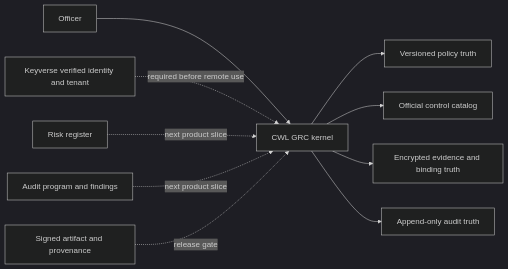
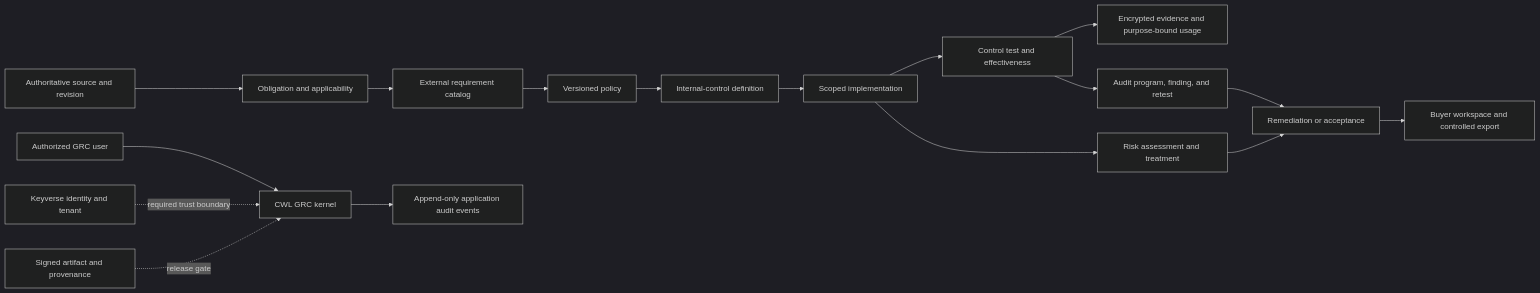
One commit to ContextualWisdomLab/governance-risk-compliance changed the diagram in docs/product-technical-gap-baseline.md. Above: the diagram before and after it, drawn with Mermaid (dark theme). The commit also changed other lines of this file, not shown here.

Commit message:
docs: refresh product completion gap baseline

````diff
--- a/docs/product-technical-gap-baseline.md
+++ b/docs/product-technical-gap-baseline.md
@@ -108,12 +135,19 @@
 ```mermaid
 flowchart LR
-    officer[Officer] --> grc[CWL GRC kernel]
-    grc --> policy[Versioned policy truth]
-    grc --> catalog[Official control catalog]
-    grc --> evidence[Encrypted evidence and binding truth]
-    grc --> audit[Append-only audit truth]
-    keyverse[Keyverse verified identity and tenant] -. required before remote use .-> grc
-    risk[Risk register] -. next product slice .-> grc
-    audit_program[Audit program and findings] -. next product slice .-> grc
+    officer[Authorized GRC user] --> grc[CWL GRC kernel]
+    source[Authoritative source and revision] --> obligation[Obligation and applicability]
+    obligation --> requirement[External requirement catalog]
+    requirement --> policy[Versioned policy]
+    policy --> internal_control[Internal-control definition]
+    internal_control --> implementation[Scoped implementation]
+    implementation --> test[Control test and effectiveness]
+    test --> evidence[Encrypted evidence and purpose-bound usage]
+    implementation --> risk[Risk assessment and treatment]
+    test --> audit_program[Audit program, finding, and retest]
+    risk --> remediation[Remediation or acceptance]
+    audit_program --> remediation
+    remediation --> workspace[Buyer workspace and controlled export]
+    grc --> audit_event[Append-only application audit events]
+    keyverse[Keyverse identity and tenant] -. required trust boundary .-> grc
     release[Signed artifact and provenance] -. release gate .-> grc
 ```
````
